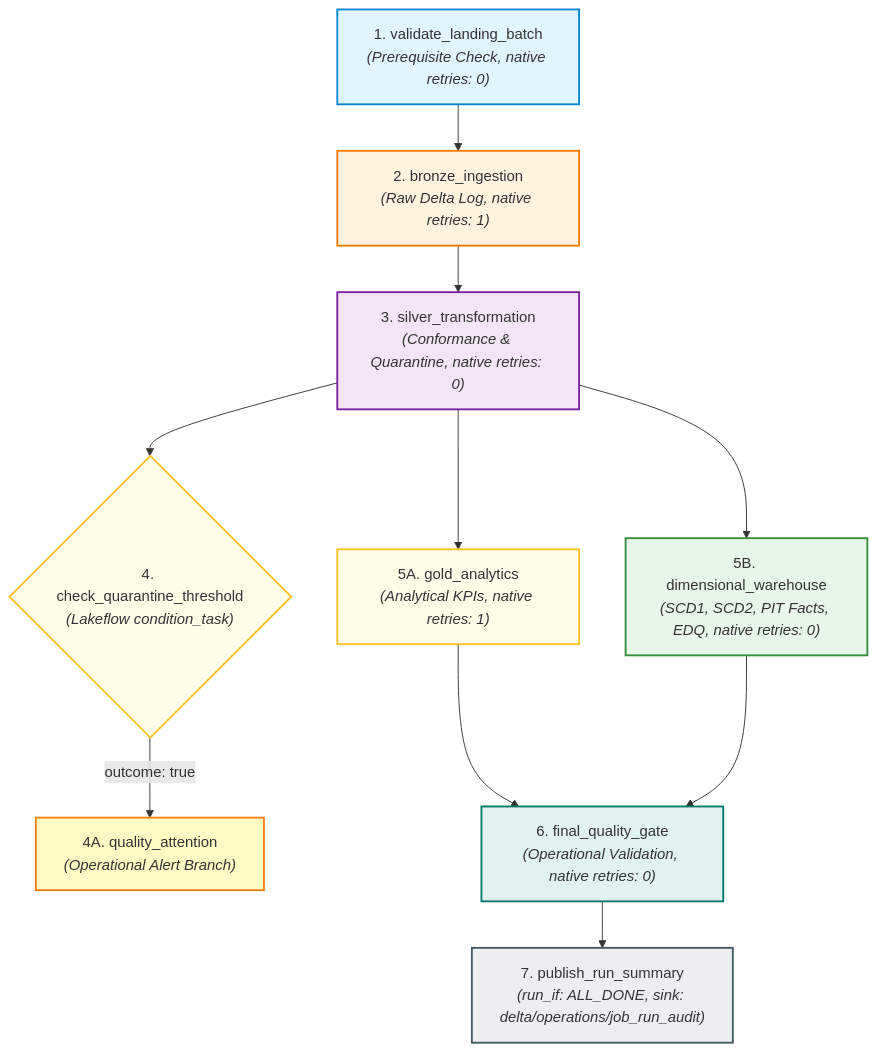
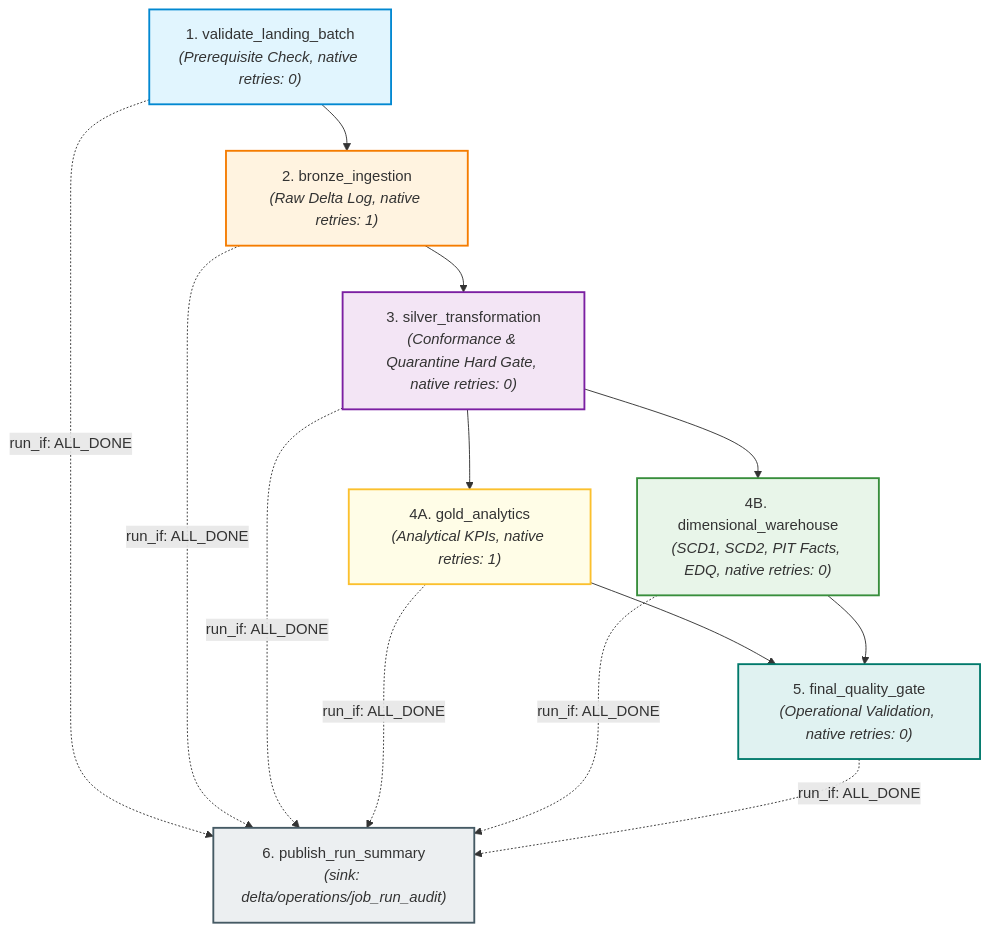
Before and after one commit to vijjureddy07/azure-lakehouse-data-platform: the first of 2 diagrams in docs/08_LAKEFLOW_JOBS_ORCHESTRATION.md, drawn with Mermaid. The commit also changed other lines of this file and 18 other files, not shown here.

````diff
--- a/docs/08_LAKEFLOW_JOBS_ORCHESTRATION.md
+++ b/docs/08_LAKEFLOW_JOBS_ORCHESTRATION.md
@@ -27,25 +27,26 @@
 ```mermaid
 graph TD
     T1["1. validate_landing_batch<br/><i>(Prerequisite Check, native retries: 0)</i>"] --> T2["2. bronze_ingestion<br/><i>(Raw Delta Log, native retries: 1)</i>"]
-    T2 --> T3["3. silver_transformation<br/><i>(Conformance & Quarantine, native retries: 0)</i>"]
+    T2 --> T3["3. silver_transformation<br/><i>(Conformance & Quarantine Hard Gate, native retries: 0)</i>"]
     
-    T3 --> C1{"4. check_quarantine_threshold<br/><i>(Lakeflow condition_task)</i>"}
-    C1 -->|outcome: true| T4A["4A. quality_attention<br/><i>(Operational Alert Branch)</i>"]
+    T3 --> T4A["4A. gold_analytics<br/><i>(Analytical KPIs, native retries: 1)</i>"]
+    T3 --> T4B["4B. dimensional_warehouse<br/><i>(SCD1, SCD2, PIT Facts, EDQ, native retries: 0)</i>"]
     
-    T3 --> T5A["5A. gold_analytics<br/><i>(Analytical KPIs, native retries: 1)</i>"]
-    T3 --> T5B["5B. dimensional_warehouse<br/><i>(SCD1, SCD2, PIT Facts, EDQ, native retries: 0)</i>"]
+    T4A --> T5["5. final_quality_gate<br/><i>(Operational Validation, native retries: 0)</i>"]
+    T4B --> T5
     
-    T5A --> T6["6. final_quality_gate<br/><i>(Operational Validation, native retries: 0)</i>"]
-    T5B --> T6
-    T6 --> T7["7. publish_run_summary<br/><i>(run_if: ALL_DONE, sink: delta/operations/job_run_audit)</i>"]
+    T1 -.->|run_if: ALL_DONE| T6["6. publish_run_summary<br/><i>(sink: delta/operations/job_run_audit)</i>"]
+    T2 -.->|run_if: ALL_DONE| T6
+    T3 -.->|run_if: ALL_DONE| T6
+    T4A -.->|run_if: ALL_DONE| T6
+    T4B -.->|run_if: ALL_DONE| T6
+    T5 -.->|run_if: ALL_DONE| T6
 
     style T1 fill:#e1f5fe,stroke:#0288d1,stroke-width:2px;
     style T2 fill:#fff3e0,stroke:#f57c00,stroke-width:2px;
     style T3 fill:#f3e5f5,stroke:#7b1fa2,stroke-width:2px;
-    style C1 fill:#fffde7,stroke:#fbc02d,stroke-width:2px;
-    style T4A fill:#fff9c4,stroke:#f57f17,stroke-width:2px;
-    style T5A fill:#fffde7,stroke:#fbc02d,stroke-width:2px;
-    style T5B fill:#e8f5e9,stroke:#388e3c,stroke-width:2px;
-    style T6 fill:#e0f2f1,stroke:#00796b,stroke-width:2px;
-    style T7 fill:#eceff1,stroke:#455a64,stroke-width:2px;
+    style T4A fill:#fffde7,stroke:#fbc02d,stroke-width:2px;
+    style T4B fill:#e8f5e9,stroke:#388e3c,stroke-width:2px;
+    style T5 fill:#e0f2f1,stroke:#00796b,stroke-width:2px;
+    style T6 fill:#eceff1,stroke:#455a64,stroke-width:2px;
 ```
````
